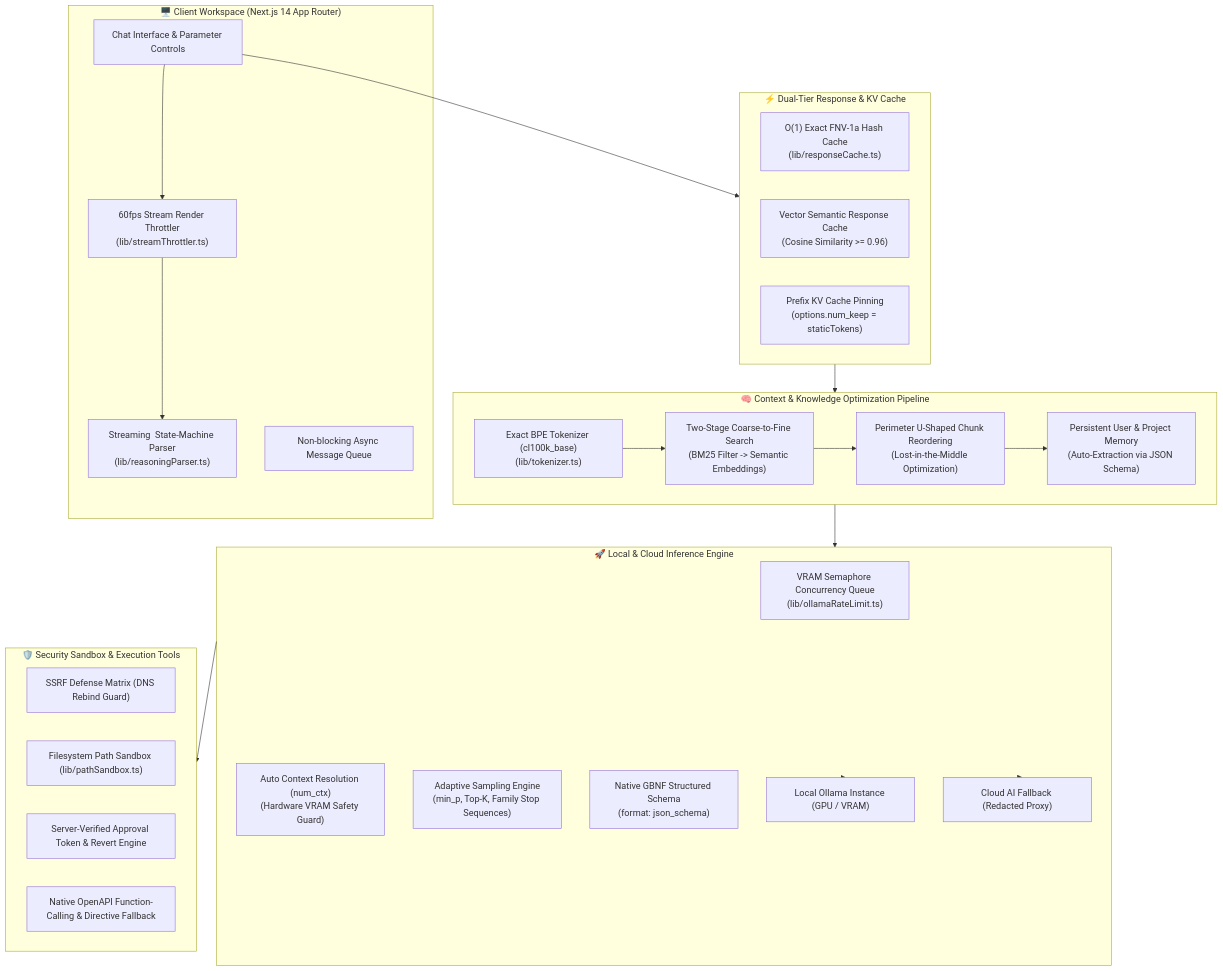
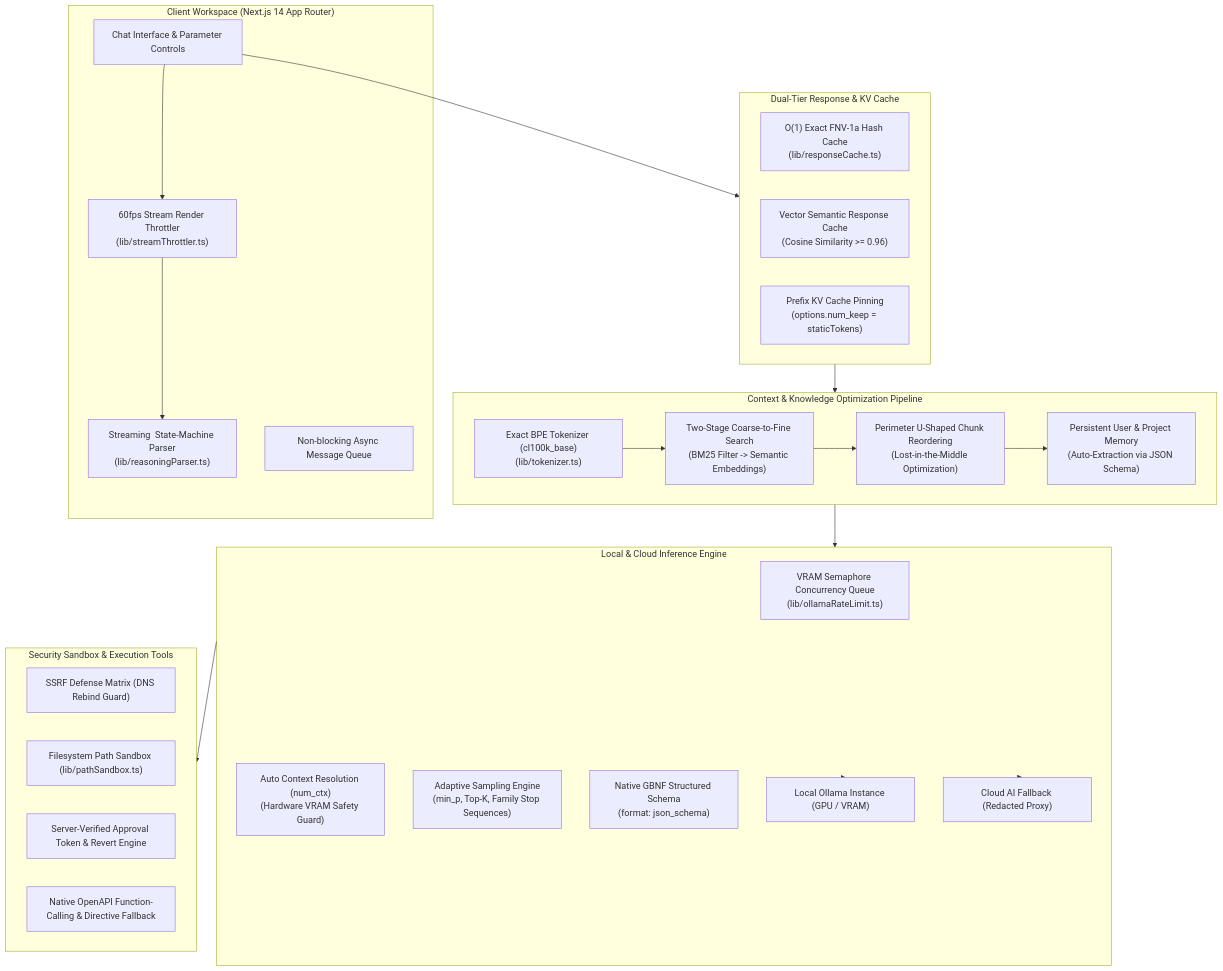
One commit to p3nr0s3/castalia changed the first of 2 diagrams in README.md. Above: the diagram before and after it, drawn with Mermaid. The commit also changed other lines of this file and 22 other files, not shown here.

````diff
--- a/README.md
+++ b/README.md
@@ -41,48 +41,48 @@
 ```mermaid
 flowchart TD
-    subgraph UI_Client["🖥️ Client Workspace (Next.js 14 App Router)"]
+    subgraph UI_Client["Client Workspace (Next.js 14 App Router)"]
         UI["Chat Interface & Parameter Controls"]
         ST["60fps Stream Render Throttler\n(lib/streamThrottler.ts)"]
         RP["Streaming <think> State-Machine Parser\n(lib/reasoningParser.ts)"]
         MQ["Non-blocking Async Message Queue"]
         UI --> ST
         ST --> RP
     end
 
-    subgraph Context_Pipeline["🧠 Context & Knowledge Optimization Pipeline"]
+    subgraph Context_Pipeline["Context & Knowledge Optimization Pipeline"]
         BPE["Exact BPE Tokenizer (cl100k_base)\n(lib/tokenizer.ts)"]
         RAG_Hybrid["Two-Stage Coarse-to-Fine Search\n(BM25 Filter -> Semantic Embeddings)"]
         RAG_Order["Perimeter U-Shaped Chunk Reordering\n(Lost-in-the-Middle Optimization)"]
         Mem_Store["Persistent User & Project Memory\n(Auto-Extraction via JSON Schema)"]
         BPE --> RAG_Hybrid --> RAG_Order --> Mem_Store
     end
 
-    subgraph Cache_Engine["⚡ Dual-Tier Response & KV Cache"]
+    subgraph Cache_Engine["Dual-Tier Response & KV Cache"]
         Exact_Cache["O(1) Exact FNV-1a Hash Cache\n(lib/responseCache.ts)"]
         Semantic_Cache["Vector Semantic Response Cache\n(Cosine Similarity >= 0.96)"]
         KV_Pin["Prefix KV Cache Pinning\n(options.num_keep = staticTokens)"]
     end
 
-    subgraph Runtime_Inference["🚀 Local & Cloud Inference Engine"]
+    subgraph Runtime_Inference["Local & Cloud Inference Engine"]
         VRAM_Q["VRAM Semaphore Concurrency Queue\n(lib/ollamaRateLimit.ts)"]
         Ctx_Resolve["Auto Context Resolution (num_ctx)\n(Hardware VRAM Safety Guard)"]
         Sampling["Adaptive Sampling Engine\n(min_p, Top-K, Family Stop Sequences)"]
         Grammar["Native GBNF Structured Schema\n(format: json_schema)"]
         Local_Ollama["Local Ollama Instance (GPU / VRAM)"]
         Cloud_Fallback["Cloud AI Fallback (Redacted Proxy)"]
     end
 
-    subgraph Security_Tools["🛡️ Security Sandbox & Execution Tools"]
+    subgraph Security_Tools["Security Sandbox & Execution Tools"]
         SSRF["SSRF Defense Matrix (DNS Rebind Guard)"]
         Sandbox["Filesystem Path Sandbox (lib/pathSandbox.ts)"]
         Approval["Server-Verified Approval Token & Revert Engine"]
         Native_Tools["Native OpenAPI Function-Calling & Directive Fallback"]
     end
 
     UI --> Cache_Engine
     Cache_Engine --> Context_Pipeline
     Context_Pipeline --> Runtime_Inference
     Runtime_Inference --> Security_Tools
     Runtime_Inference --> Local_Ollama
     Runtime_Inference --> Cloud_Fallback
 ```
````
